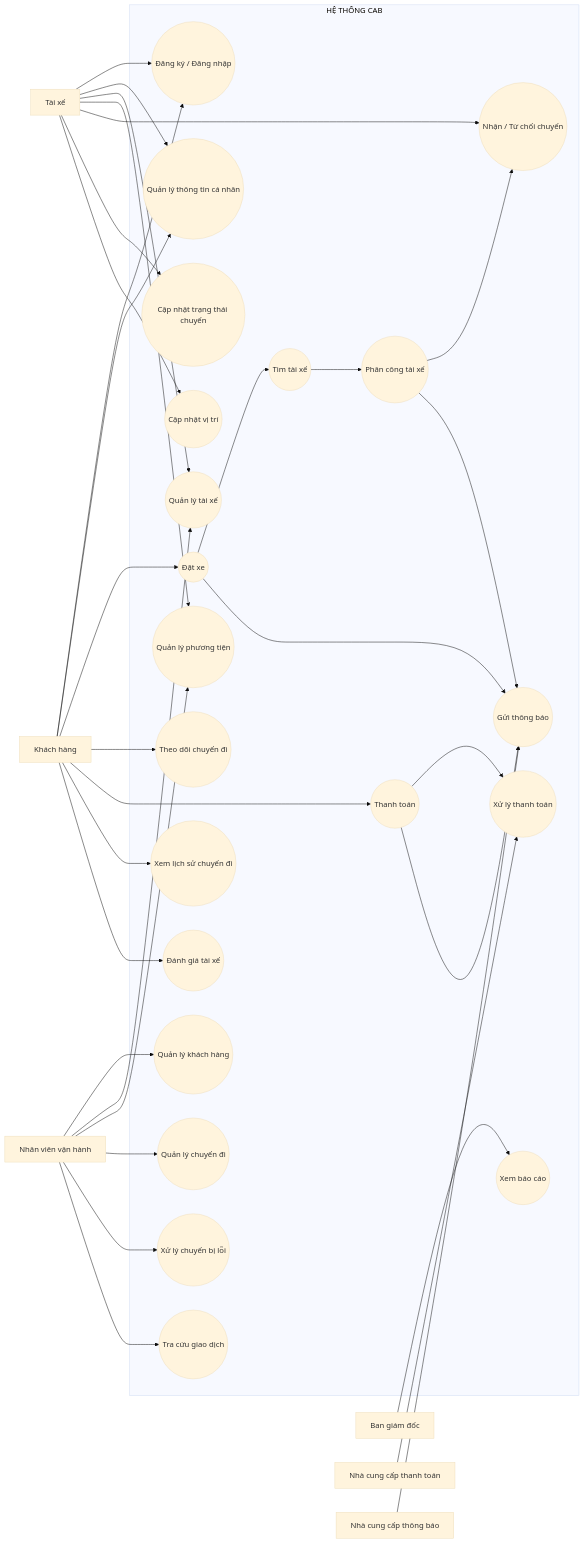
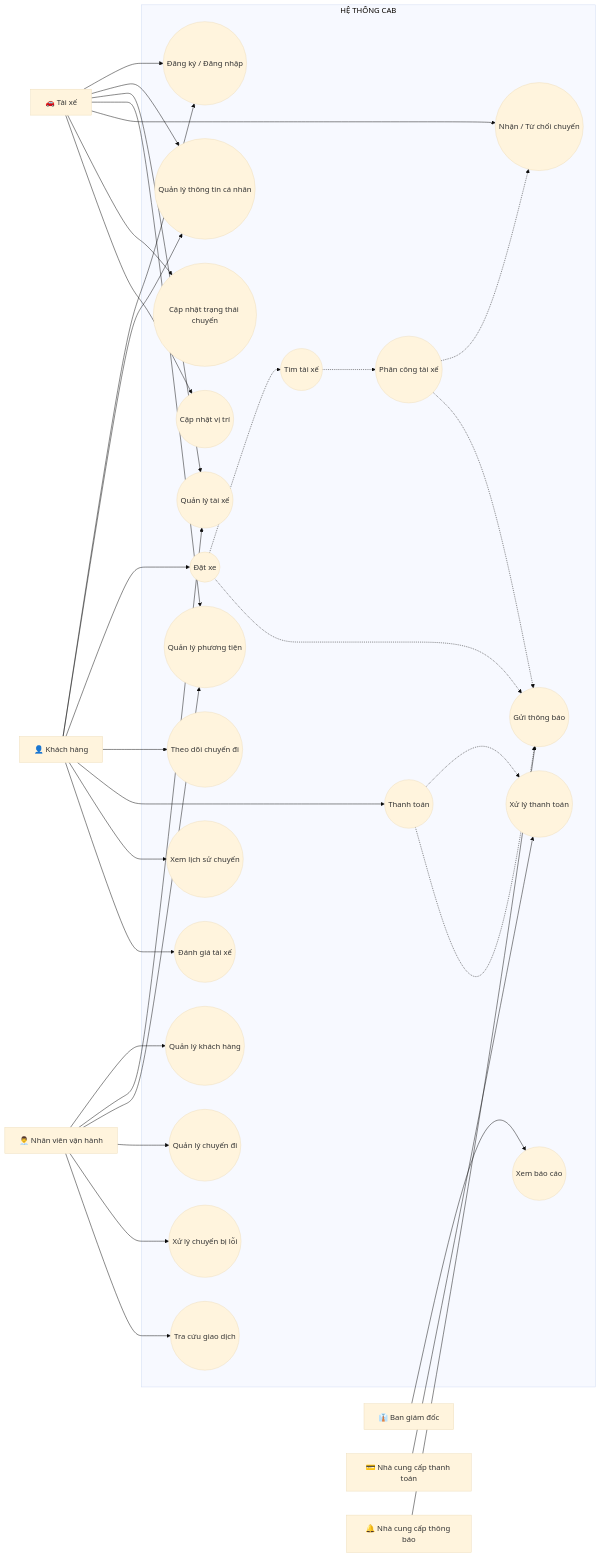
The second of 2 diagrams in README.md (xuannguyen208/23641681_CaoXuanNguyen_cabsystem), drawn with Mermaid (base theme) before and after one commit. The commit also changed other lines of this file, not shown here.

````diff
--- a/README.md
+++ b/README.md
@@ -416,74 +571,75 @@
 ```mermaid
 flowchart LR
 
-    KH["Khách hàng"]
-    TX["Tài xế"]
-    NV["Nhân viên vận hành"]
-    BGĐ["Ban giám đốc"]
-    TT["Nhà cung cấp thanh toán"]
-    TB["Nhà cung cấp thông báo"]
+    KH["👤 Khách hàng"]
+    TX["🚗 Tài xế"]
+    NV["👨‍💼 Nhân viên vận hành"]
+    BGD["👔 Ban giám đốc"]
+    PAY["💳 Nhà cung cấp thanh toán"]
+    NOTI["🔔 Nhà cung cấp thông báo"]
 
     subgraph CAB["HỆ THỐNG CAB"]
 
-        UC01(("Đăng ký / Đăng nhập"))
-        UC02(("Quản lý thông tin cá nhân"))
-        UC03(("Đặt xe"))
-        UC04(("Tìm tài xế"))
-        UC05(("Phân công tài xế"))
-        UC06(("Theo dõi chuyến đi"))
-        UC07(("Thanh toán"))
-        UC08(("Xem lịch sử chuyến đi"))
-        UC09(("Đánh giá tài xế"))
+        UC1(("Đăng ký / Đăng nhập"))
+        UC2(("Quản lý thông tin cá nhân"))
+        UC3(("Đặt xe"))
+        UC4(("Tìm tài xế"))
+        UC5(("Phân công tài xế"))
+        UC6(("Theo dõi chuyến đi"))
+        UC7(("Thanh toán"))
+        UC8(("Xem lịch sử chuyến"))
+        UC9(("Đánh giá tài xế"))
 
         UC10(("Quản lý tài xế"))
         UC11(("Quản lý phương tiện"))
         UC12(("Nhận / Từ chối chuyến"))
         UC13(("Cập nhật trạng thái chuyến"))
         UC14(("Cập nhật vị trí"))
 
         UC15(("Quản lý khách hàng"))
         UC16(("Quản lý chuyến đi"))
         UC17(("Xử lý chuyến bị lỗi"))
         UC18(("Tra cứu giao dịch"))
 
         UC19(("Xem báo cáo"))
         UC20(("Xử lý thanh toán"))
         UC21(("Gửi thông báo"))
+
     end
 
-    KH --> UC01
-    KH --> UC02
-    KH --> UC03
-    KH --> UC06
-    KH --> UC07
-    KH --> UC08
-    KH --> UC09
+    KH --> UC1
+    KH --> UC2
+    KH --> UC3
+    KH --> UC6
+    KH --> UC7
+    KH --> UC8
+    KH --> UC9
 
-    TX --> UC01
-    TX --> UC02
+    TX --> UC1
+    TX --> UC2
     TX --> UC10
     TX --> UC11
     TX --> UC12
     TX --> UC13
     TX --> UC14
 
     NV --> UC15
     NV --> UC10
     NV --> UC11
     NV --> UC16
     NV --> UC17
     NV --> UC18
 
-    BGĐ --> UC19
+    BGD --> UC19
 
-    TT --> UC20
-    TB --> UC21
+    PAY --> UC20
+    NOTI --> UC21
 
-    UC03 --> UC04
-    UC04 --> UC05
-    UC05 --> UC12
-    UC07 --> UC20
-    UC03 --> UC21
-    UC05 --> UC21
-    UC07 --> UC21
+    UC3 -.-> UC4
+    UC4 -.-> UC5
+    UC5 -.-> UC12
+    UC7 -.-> UC20
+    UC3 -.-> UC21
+    UC5 -.-> UC21
+    UC7 -.-> UC21
 ```
````
